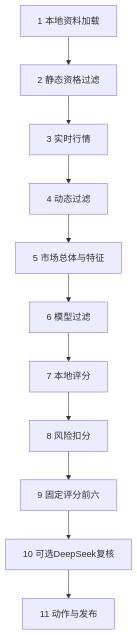
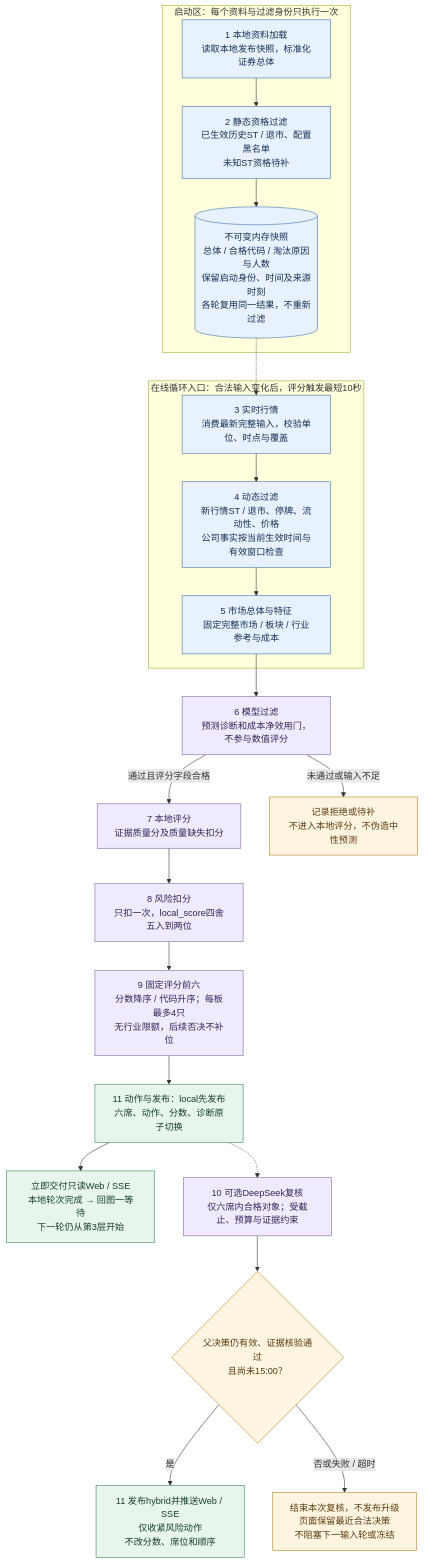
Before and after one commit to 373699756/trader: the second of 3 diagrams in docs/1_评分逻辑.md, drawn with Mermaid. The commit also changed other lines of this file and 22 other files, not shown here.

Commit message:
原因：荐股链条每次都重新读取第一，第二层，优化一些图形的绘制，14:48后也是10s进行一次股票实时数据的读取，之前1s感觉数据采集都完不成，何况后的过滤，评分等流程。  改动：启动的时候读取一次到内存就行了，那些慢的数据，都是只在启动时读取一次就行，。     未完成项：本次改动测试没有验证完，token就消耗完成，后续需要补充完成，另外之前的各个任务的间隔，web推送30s？这个时间怎么来的，需要继续梳理。

```diff
--- a/docs/1_评分逻辑.md
+++ b/docs/1_评分逻辑.md
@@ -31,13 +75,32 @@
 ~~~mermaid
 flowchart TD
-    A["1 本地资料加载"] --> B["2 静态资格过滤"]
-    B --> C["3 实时行情"]
-    C --> D["4 动态过滤"]
-    D --> E["5 市场总体与特征"]
-    E --> F["6 模型过滤"]
-    F --> G["7 本地评分"]
-    G --> H["8 风险扣分"]
-    H --> I["9 固定评分前六"]
-    I --> J["10 可选DeepSeek复核"]
-    J --> K["11 动作与发布"]
+    subgraph Startup["启动区：每个资料与过滤身份只执行一次"]
+        A["1 本地资料加载<br/>读取本地发布快照，标准化证券总体"] --> B["2 静态资格过滤<br/>已生效历史ST / 退市、配置黑名单<br/>未知ST资格待补"]
+        B --> Memory[("不可变内存快照<br/>总体 / 合格代码 / 淘汰原因与人数<br/>保留启动身份、时间及来源时刻<br/>各轮复用同一结果，不重新过滤")]
+    end
+    Memory -.-> C
+    subgraph Inputs["在线循环入口：合法输入变化后，评分触发最短10秒"]
+        C["3 实时行情<br/>消费最新完整输入，校验单位、时点与覆盖"]
+        C --> D["4 动态过滤<br/>新行情ST / 退市、停牌、流动性、价格<br/>公司事实按当前生效时间与有效窗口检查"]
+        D --> E["5 市场总体与特征<br/>固定完整市场 / 板块 / 行业参考与成本"]
+    end
+    E --> F["6 模型过滤<br/>预测诊断和成本净效用门，不参与数值评分"]
+    F -->|通过且评分字段合格| G["7 本地评分<br/>证据质量分及质量缺失扣分"]
+    F -->|未通过或输入不足| Reject["记录拒绝或待补<br/>不进入本地评分，不伪造中性预测"]
+    G --> H["8 风险扣分<br/>只扣一次，local_score四舍五入到两位"]
+    H --> I["9 固定评分前六<br/>分数降序 / 代码升序；每板最多4只<br/>无行业限额，后续否决不补位"]
+    I --> K["11 动作与发布：local先发布<br/>六席、动作、分数、诊断原子切换"]
+    K --> View["立即交付只读Web / SSE<br/>本地轮次完成 → 回图一等待<br/>下一轮仍从第3层开始"]
+    K -.-> J["10 可选DeepSeek复核<br/>仅六席内合格对象；受截止、预算与证据约束"]
+    J --> Valid{"父决策仍有效、证据核验通过<br/>且尚未15:00？"}
+    Valid -->|是| Upgrade["11 发布hybrid并推送Web / SSE<br/>仅收紧风险动作<br/>不改分数、席位和顺序"]
+    Valid -->|否或失败 / 超时| Discard["结束本次复核，不发布升级<br/>页面保留最近合法决策<br/>不阻塞下一输入轮或冻结"]
+    classDef input fill:#e8f1ff,stroke:#3b6ea8,color:#16324f;
+    classDef work fill:#f0eaff,stroke:#8064a2,color:#342653;
+    classDef result fill:#e7f5ec,stroke:#39845a,color:#173f2a;
+    classDef gate fill:#fff4df,stroke:#b78126,color:#563c13;
+    class A,B,Memory,C,D,E input;
+    class F,G,H,I,J work;
+    class K,Upgrade,View result;
+    class Reject,Valid,Discard gate;
 ~~~
```
